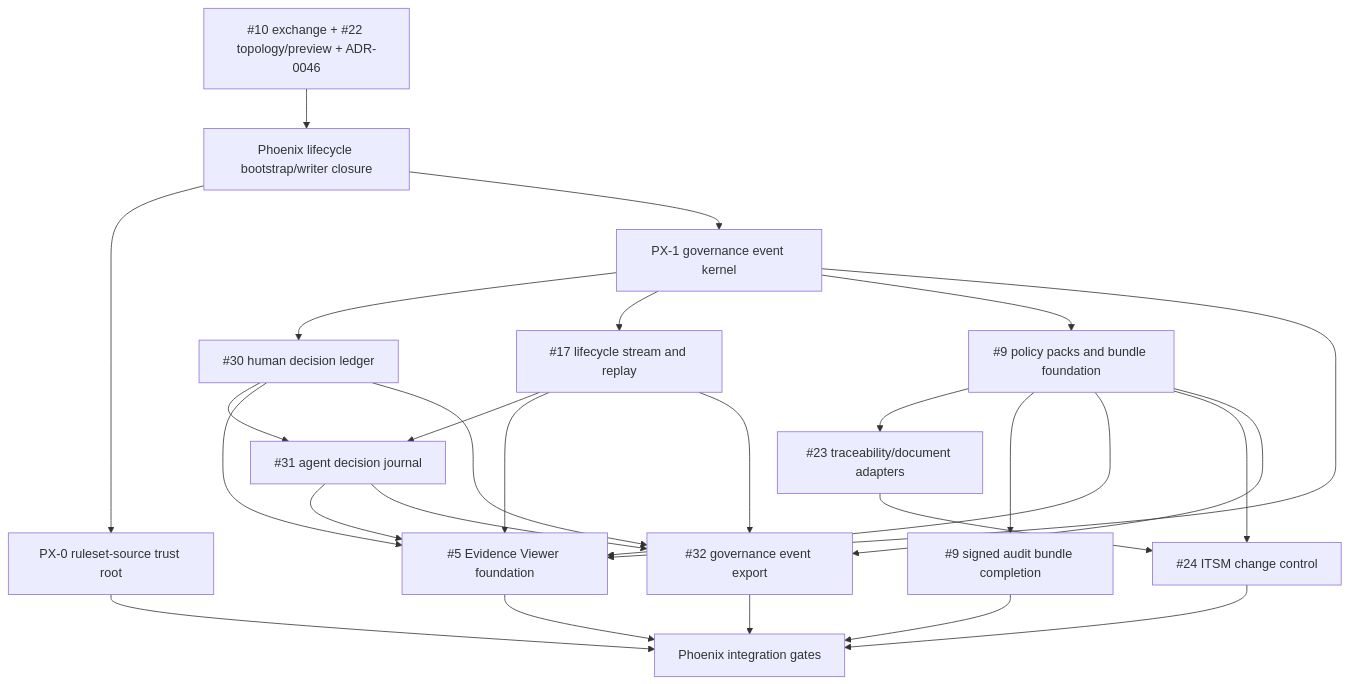
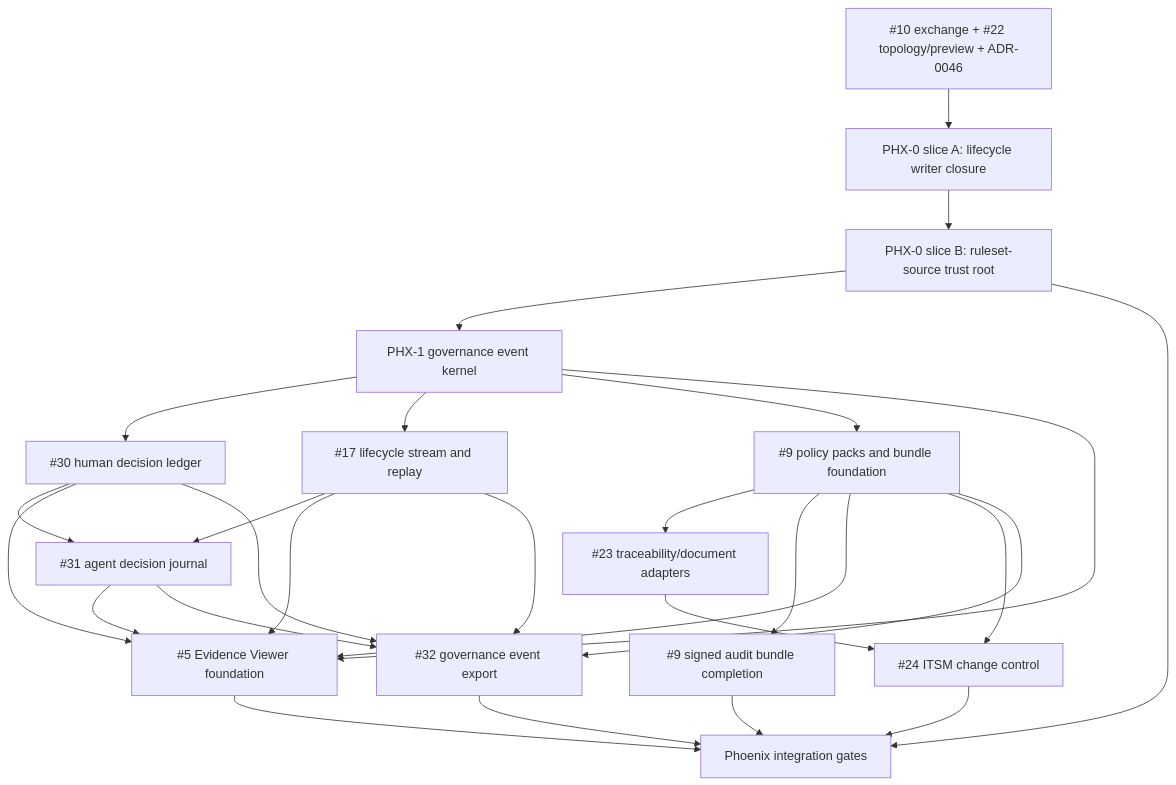
One commit to agent-pipe-shared/agent-pipeline changed the third of 3 diagrams in specs/sprint-phoenix-epic/design/architecture.md. Above: the diagram before and after it, drawn with Mermaid. The commit also changed other lines of this file and 7 other files, not shown here.

Commit message:
docs(phoenix): align lifecycle writer with PHX-0

````diff
--- a/specs/sprint-phoenix-epic/design/architecture.md
+++ b/specs/sprint-phoenix-epic/design/architecture.md
@@ -827,29 +827,29 @@
 ```mermaid
 flowchart TD
-    BASE[#10 exchange + #22 topology/preview + ADR-0046] --> PKG[Phoenix lifecycle bootstrap/writer closure]
-    PKG --> PX0[PX-0 ruleset-source trust root]
-    PKG --> K[PX-1 governance event kernel]
+    BASE[#10 exchange + #22 topology/preview + ADR-0046] --> PX0A[PHX-0 slice A: lifecycle writer closure]
+    PX0A --> PX0B[PHX-0 slice B: ruleset-source trust root]
+    PX0B --> K[PHX-1 governance event kernel]
     K --> H[#30 human decision ledger]
     K --> L[#17 lifecycle stream and replay]
     K --> P[#9 policy packs and bundle foundation]
     K --> V[#5 Evidence Viewer foundation]
     H --> A[#31 agent decision journal]
     L --> A
     P --> X[#23 traceability/document adapters]
     P --> B[#9 signed audit bundle completion]
     H --> V
     L --> V
     A --> V
     P --> V
     P --> C[#24 ITSM change control]
     X --> C
     H --> E[#32 governance event export]
     L --> E
     A --> E
     P --> E
-    PX0 --> G[Phoenix integration gates]
+    PX0B --> G[Phoenix integration gates]
     B --> G
     V --> G
     C --> G
     E --> G
 ```
````
